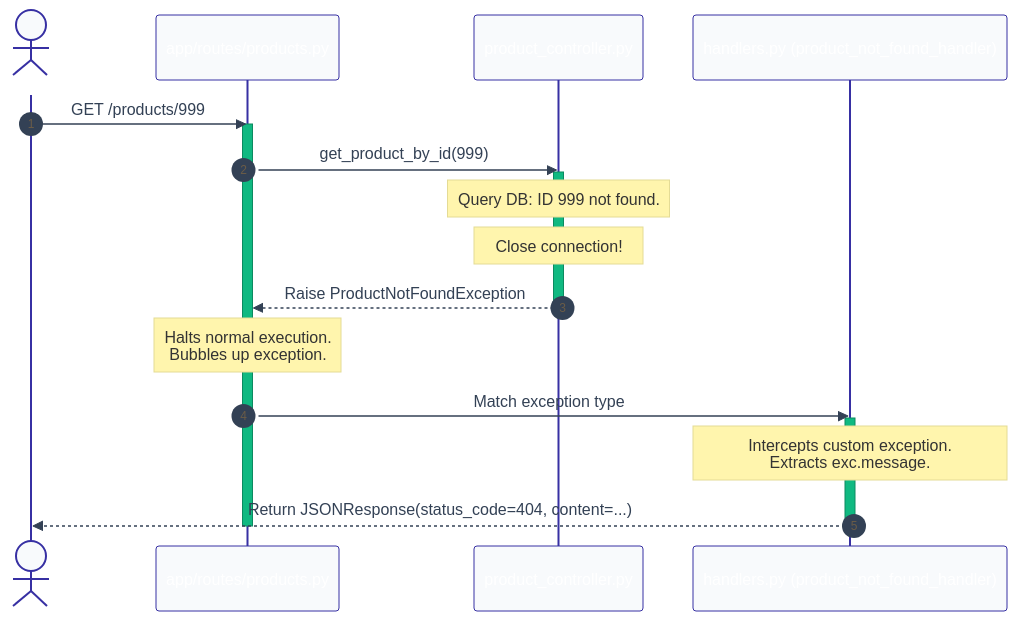
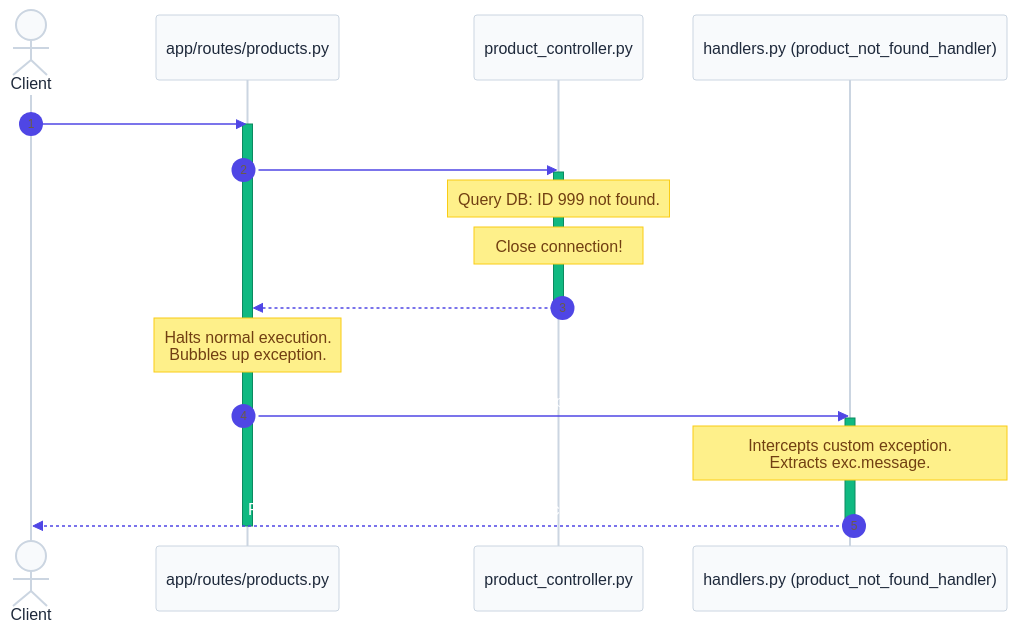
One commit to nakul-cloud/ecommerce-api changed the diagram in app/exceptions/README.md. Above: the diagram before and after it, drawn with Mermaid. The commit also changed 8 other files, not shown here.

Commit message:
docs: initialize project structure with comprehensive architectural documentation and workspace metadata

````diff
--- a/app/exceptions/README.md
+++ b/app/exceptions/README.md
@@ -24,26 +24,26 @@
 ```mermaid
-%%{init: {'theme': 'base', 'themeVariables': {'primaryColor': '#4f46e5', 'primaryTextColor': '#ffffff', 'primaryBorderColor': '#3730a3', 'lineColor': '#94a3b8', 'secondaryColor': '#10b981', 'tertiaryColor': '#f59e0b', 'background': '#ffffff', 'mainBkg': '#f8fafc', 'nodeBorder': '#cbd5e1', 'nodeTextColor': '#1e293b', 'textColor': '#ffffff', 'titleColor': '#ffffff', 'edgeLabelBackground': '#1e293b', 'clusterBkg': '#f1f5f9', 'clusterBorder': '#e2e8f0', 'textColor': '#334155'}}}%%
+%%{init: {'theme': 'base', 'themeVariables': {'primaryColor': '#4f46e5', 'primaryTextColor': '#1e293b', 'primaryBorderColor': '#3730a3', 'lineColor': '#94a3b8', 'secondaryColor': '#10b981', 'tertiaryColor': '#f59e0b', 'background': '#ffffff', 'mainBkg': '#f8fafc', 'nodeBorder': '#cbd5e1', 'nodeTextColor': '#1e293b', 'textColor': '#ffffff', 'titleColor': '#ffffff', 'edgeLabelBackground': '#1e293b', 'clusterBkg': '#f1f5f9', 'clusterBorder': '#e2e8f0', 'actorBkg': '#f8fafc', 'actorBorder': '#cbd5e1', 'actorTextColor': '#1e293b', 'signalColor': '#4f46e5', 'signalTextColor': '#ffffff', 'noteBkgColor': '#fef08a', 'noteBorderColor': '#facc15', 'noteTextColor': '#713f12'}}}%%
 sequenceDiagram
     autonumber
     actor Client
     participant Router as app/routes/products.py
     participant Controller as product_controller.py
     participant Handler as handlers.py (product_not_found_handler)
 
     Client->>Router: GET /products/999
     activate Router
     Router->>Controller: get_product_by_id(999)
     activate Controller
     Note over Controller: Query DB: ID 999 not found.
     Note over Controller: Close connection!
     Controller-->>Router: Raise ProductNotFoundException
     deactivate Controller
     
     Note over Router: Halts normal execution.<br/>Bubbles up exception.
     Router->>Handler: Match exception type
     activate Handler
     Note over Handler: Intercepts custom exception.<br/>Extracts exc.message.
     Handler-->>Client: Return JSONResponse(status_code=404, content=...)
     deactivate Handler
     deactivate Router
 ```
````
